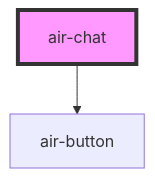
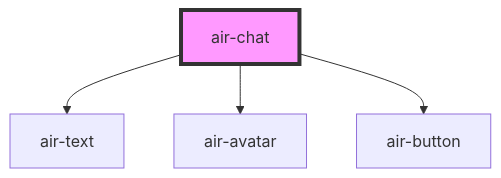
One commit to openwebstudio/AirUI changed the diagram in src/components/chat/readme.md. Above: the diagram before and after it, drawn with Mermaid. The commit also changed other lines of this file and 13 other files, not shown here.

````diff
--- a/src/components/chat/readme.md
+++ b/src/components/chat/readme.md
@@ -15,5 +17,7 @@
 ```mermaid
 graph TD;
+  air-chat --> air-text
+  air-chat --> air-avatar
   air-chat --> air-button
   style air-chat fill:#f9f,stroke:#333,stroke-width:4px
 ```
````
